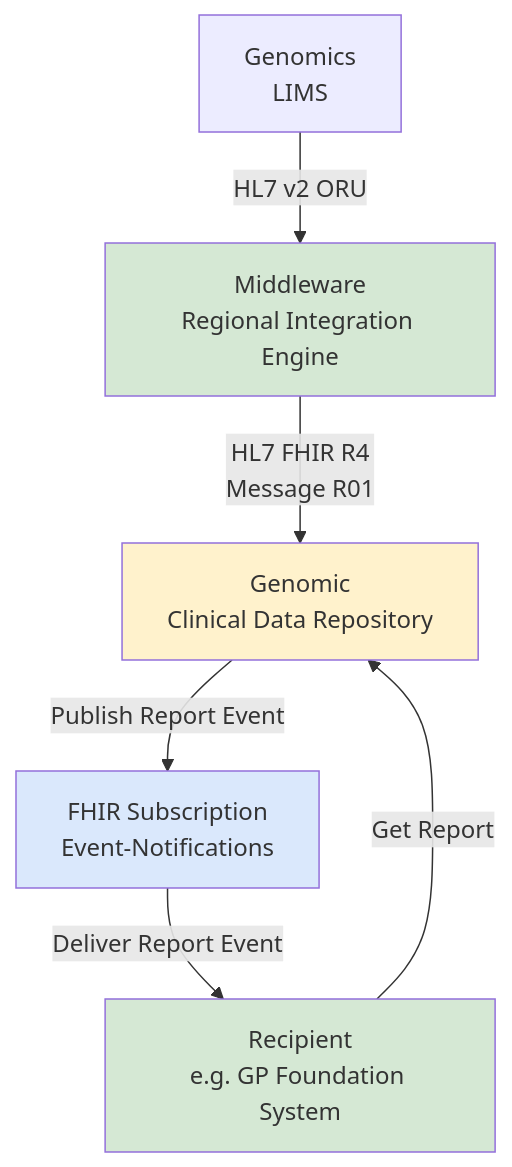
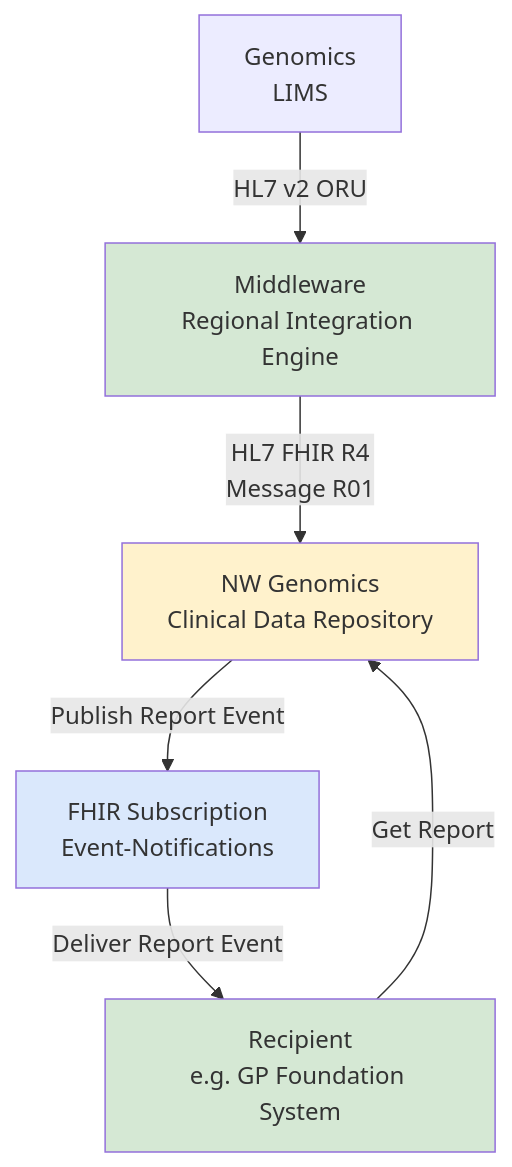
One commit to uk-gov-mirror/nw-gmsa.nw-gmsa.github.com changed the third of 4 diagrams in input/pagecontent/index.md. Above: the diagram before and after it, drawn with Mermaid.

Commit message:
Genomic Test Order and Report Example Scenario

````diff
--- a/input/pagecontent/index.md
+++ b/input/pagecontent/index.md
@@ -96,18 +96,18 @@
 ```mermaid
 graph TD;
 
     LIMS[Genomics<br/>LIMS] --> |HL7 v2 ORU| RIE[Middleware<br/>Regional Integration Engine];
-    RIE --> |HL7 FHIR R4<br/>Message R01| CDR[Genomic<br/>Clinical Data Repository]
+    RIE --> |HL7 FHIR R4<br/>Message R01| CDR[NW Genomics<br/>Clinical Data Repository]
     CDR --> |Publish Report Event| SUB[FHIR Subscription<br/>Event-Notifications]
     SUB --> |Deliver Report Event| EPR["Recipient<br/>e.g. GP Foundation System"]
     EPR --> |Get Report| CDR
    
     classDef yellow fill:#FFF2CC;
     classDef green fill:#D5E8D4;
     classDef blue fill:#DAE8FC;
 
     class RIE green;
     class EPR green;
     class CDR yellow;
     class SUB blue;
 ```
````
